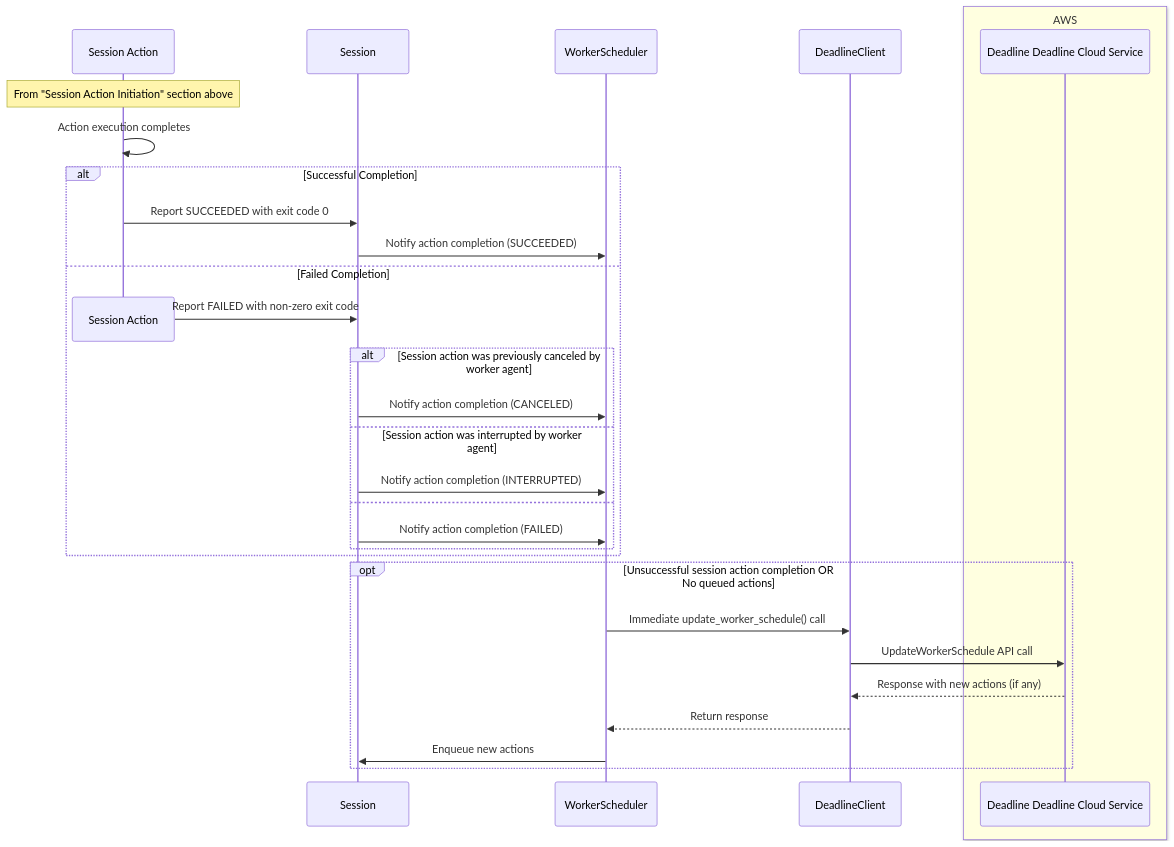
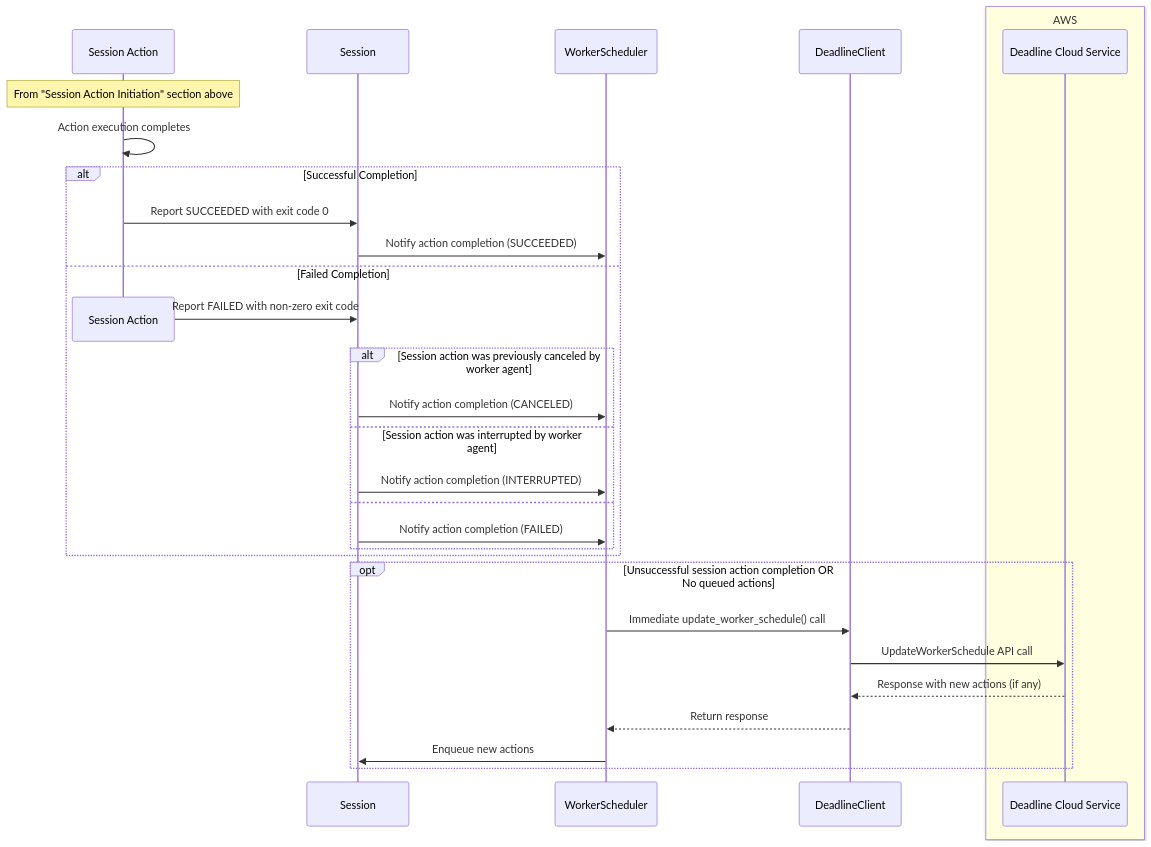
One commit to aws-deadline/deadline-cloud-worker-agent changed the seventh of 13 diagrams in docs/dev/worker_lifecycle.md. Above: the diagram before and after it, drawn with Mermaid. The commit also changed other lines of this file, not shown here.

````diff
--- a/docs/dev/worker_lifecycle.md
+++ b/docs/dev/worker_lifecycle.md
@@ -348,37 +348,37 @@
 ```mermaid
 sequenceDiagram
     participant SessionAction as Session Action
     participant Session
     participant WorkerScheduler
     participant DeadlineClient
     box lightyellow AWS
-        participant Deadline as Deadline Deadline Cloud Service
+        participant Deadline as Deadline Cloud Service
     end
 
     note over SessionAction: From "Session Action Initiation" section above
     
     SessionAction->>SessionAction: Action execution completes
     
     alt Successful Completion
         SessionAction->>Session: Report SUCCEEDED with exit code 0
         Session->>WorkerScheduler: Notify action completion (SUCCEEDED)
     else Failed Completion
         destroy SessionAction
         SessionAction->>Session: Report FAILED with non-zero exit code
         alt Session action was previously canceled by worker agent
             Session->>WorkerScheduler: Notify action completion (CANCELED)
         else Session action was interrupted by worker agent
             Session->>WorkerScheduler: Notify action completion (INTERRUPTED)
         else
             Session->>WorkerScheduler: Notify action completion (FAILED)
         end
     end
     
     opt Unsuccessful session action completion OR No queued actions
         WorkerScheduler->>DeadlineClient: Immediate update_worker_schedule() call
         DeadlineClient->>Deadline: UpdateWorkerSchedule API call
         Deadline-->>DeadlineClient: Response with new actions (if any)
         DeadlineClient-->>WorkerScheduler: Return response
         WorkerScheduler->>Session: Enqueue new actions
     end
 ```
````
